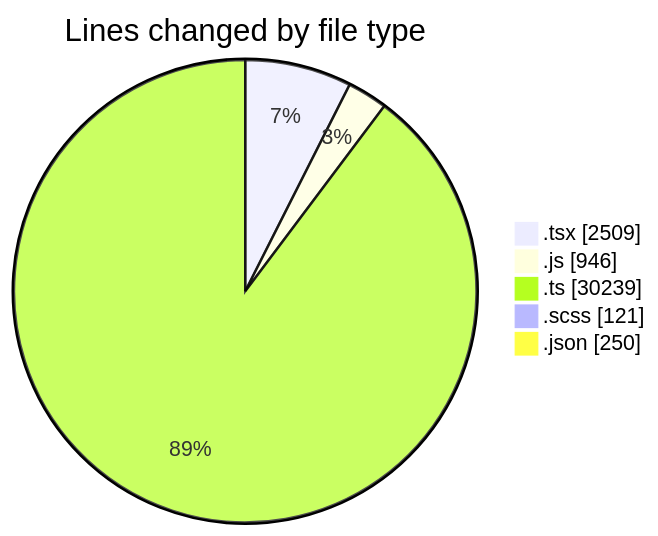
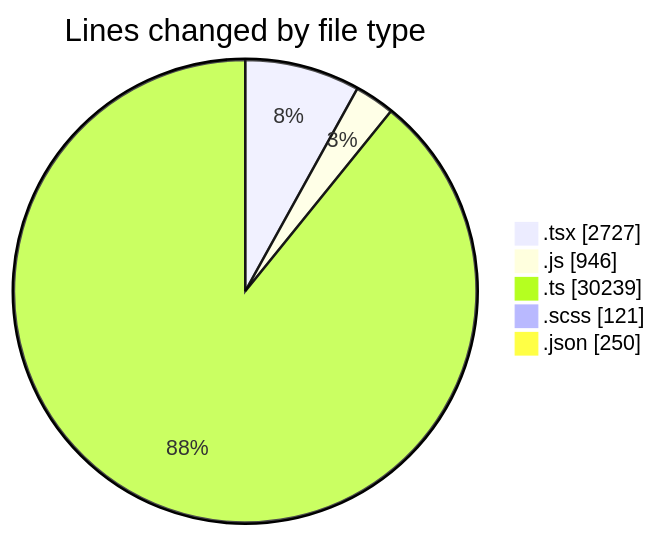
Before and after one commit to momahboobian/code-tracking: the first of 2 diagrams in 2026-07-20/cda/README.md, drawn with Mermaid. The commit also changed other lines of this file and 1 other file, not shown here.

````diff
--- a/2026-07-20/cda/README.md
+++ b/2026-07-20/cda/README.md
@@ -54,9 +55,9 @@
 ```mermaid
 pie showData
 title Lines changed by file type
-".tsx" : 2509
+".tsx" : 2727
 ".js" : 946
 ".ts" : 30239
 ".scss" : 121
 ".json" : 250
 ```
````
